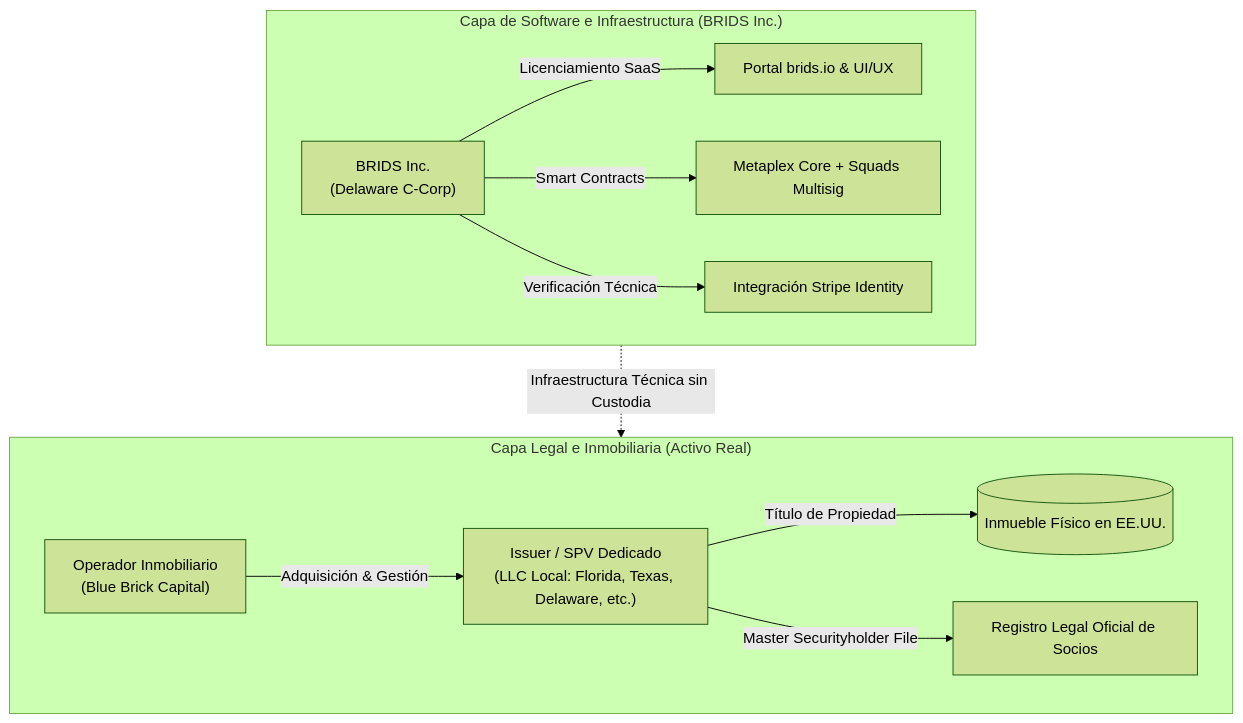
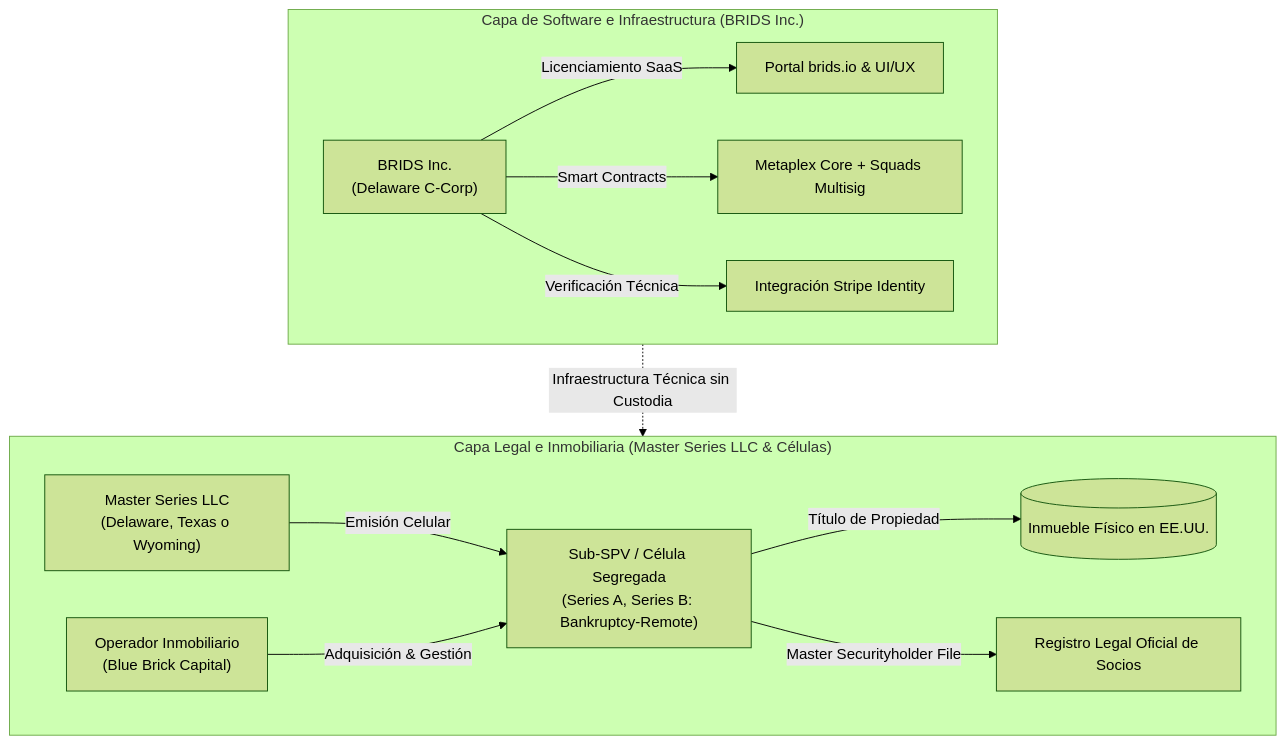
Before and after one commit to jeisonsosablockdev/BRIDS-KNOWLEDGE-FORT: the diagram in BRIDS-Brain/01 Negocio/01 Estrategia & Modelo/Business Concepts/concept-dual-entity-compliance.md, drawn with Mermaid (forest theme). The commit also changed other lines of this file and 39 other files, not shown here.

First line of the commit message:
feat(legal): add RWA Series LLC model, 3-phase regulatory roadmap, and C10 concept

````diff
--- a/BRIDS-Brain/01 Negocio/01 Estrategia & Modelo/Business Concepts/concept-dual-entity-compliance.md
+++ b/BRIDS-Brain/01 Negocio/01 Estrategia & Modelo/Business Concepts/concept-dual-entity-compliance.md
@@ -44,21 +45,23 @@
 ```mermaid
 flowchart TD
     subgraph Capa_Software["Capa de Software e Infraestructura (BRIDS Inc.)"]
         B["BRIDS Inc.<br/>(Delaware C-Corp)"]
         B -->|Licenciamiento SaaS| UI["Portal brids.io & UI/UX"]
         B -->|Smart Contracts| SC["Metaplex Core + Squads Multisig"]
         B -->|Verificación Técnica| ID["Integración Stripe Identity"]
     end
 
-    subgraph Capa_Inmobiliaria["Capa Legal e Inmobiliaria (Activo Real)"]
-        SPV["Issuer / SPV Dedicado<br/>(LLC Local: Florida, Texas, Delaware, etc.)"]
+    subgraph Capa_Inmobiliaria["Capa Legal e Inmobiliaria (Master Series LLC & Células)"]
+        MASTER["Master Series LLC<br/>(Delaware, Texas o Wyoming)"]
+        SPV["Sub-SPV / Célula Segregada<br/>(Series A, Series B: Bankruptcy-Remote)"]
         OP["Operador Inmobiliario<br/>(Blue Brick Capital)"]
         PROP[("Inmueble Físico en EE.UU.")]
         
+        MASTER -->|Emisión Celular| SPV
         OP -->|Adquisición & Gestión| SPV
         SPV -->|Título de Propiedad| PROP
         SPV -->|Master Securityholder File| LEGAL["Registro Legal Oficial de Socios"]
     end
 
     Capa_Software -.->|Infraestructura Técnica sin Custodia| Capa_Inmobiliaria
 ```
````
